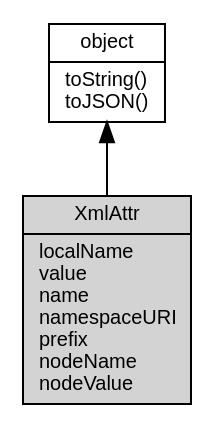
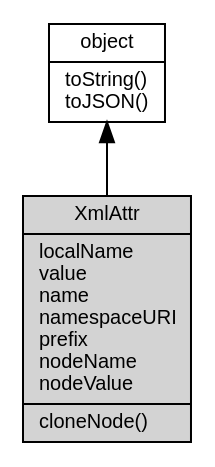
The diagram in docs/manual/object/ifs/XmlAttr.md (fibjs/fibjs.org), drawn with Graphviz before and after one commit. The commit also changed other lines of this file and 148 other files, not shown here.

First line of the commit message:
feat: add ZlibCodec documentation and update object graph

````diff
--- a/docs/manual/object/ifs/XmlAttr.md
+++ b/docs/manual/object/ifs/XmlAttr.md
@@ -5,10 +5,10 @@
 ```dot
 digraph {
     node [fontname="Helvetica,sans-Serif", fontsize=10, shape="record", style="filled", fillcolor="white"];
 
     object [tooltip="object", URL="object.md", label="{object|toString()\ltoJSON()\l}"];
-    XmlAttr [tooltip="XmlAttr", fillcolor="lightgray", id="me", label="{XmlAttr|localName\lvalue\lname\lnamespaceURI\lprefix\lnodeName\lnodeValue\l}"];
+    XmlAttr [tooltip="XmlAttr", fillcolor="lightgray", id="me", label="{XmlAttr|localName\lvalue\lname\lnamespaceURI\lprefix\lnodeName\lnodeValue\l|cloneNode()\l}"];
 
     object -> XmlAttr [dir=back];
 }
 ```
````
